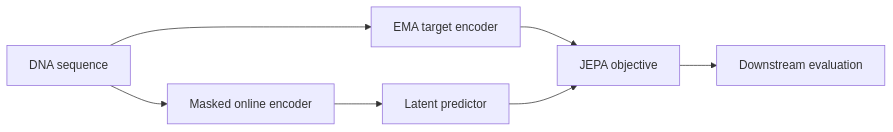
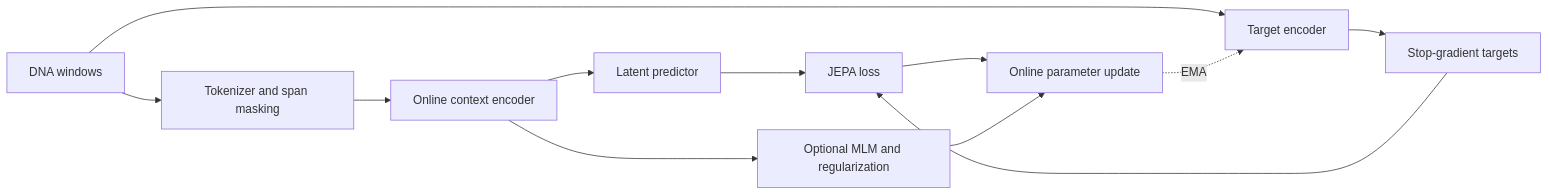
The diagram in README.md (CHOMINWOO1/JEPA-GLM), drawn with Mermaid before and after one commit. The commit also changed other lines of this file, not shown here.

Commit message:
Expand README with architecture, results and reproduction guidance

````diff
--- a/README.md
+++ b/README.md
@@ -14,9 +31,14 @@
 ```mermaid
 flowchart LR
-    A[DNA sequence] --> B[Masked online encoder]
-    A --> C[EMA target encoder]
-    B --> D[Latent predictor]
-    C --> E[JEPA objective]
-    D --> E
-    E --> F[Downstream evaluation]
+    A[DNA windows] --> B[Tokenizer and span masking]
+    B --> C[Online context encoder]
+    A --> D[Target encoder]
+    C --> E[Latent predictor]
+    D --> F[Stop-gradient targets]
+    E --> G[JEPA loss]
+    F --> G
+    C --> H[Optional MLM and regularization]
+    G --> I[Online parameter update]
+    H --> I
+    I -. EMA .-> D
 ```
````
